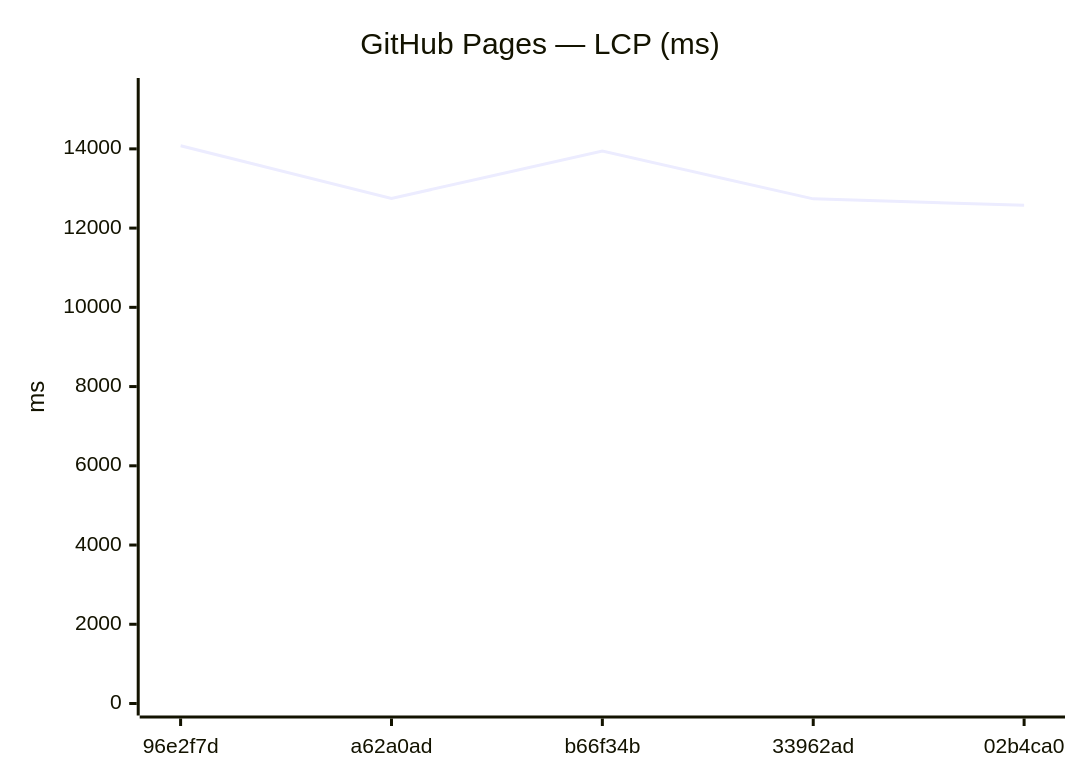
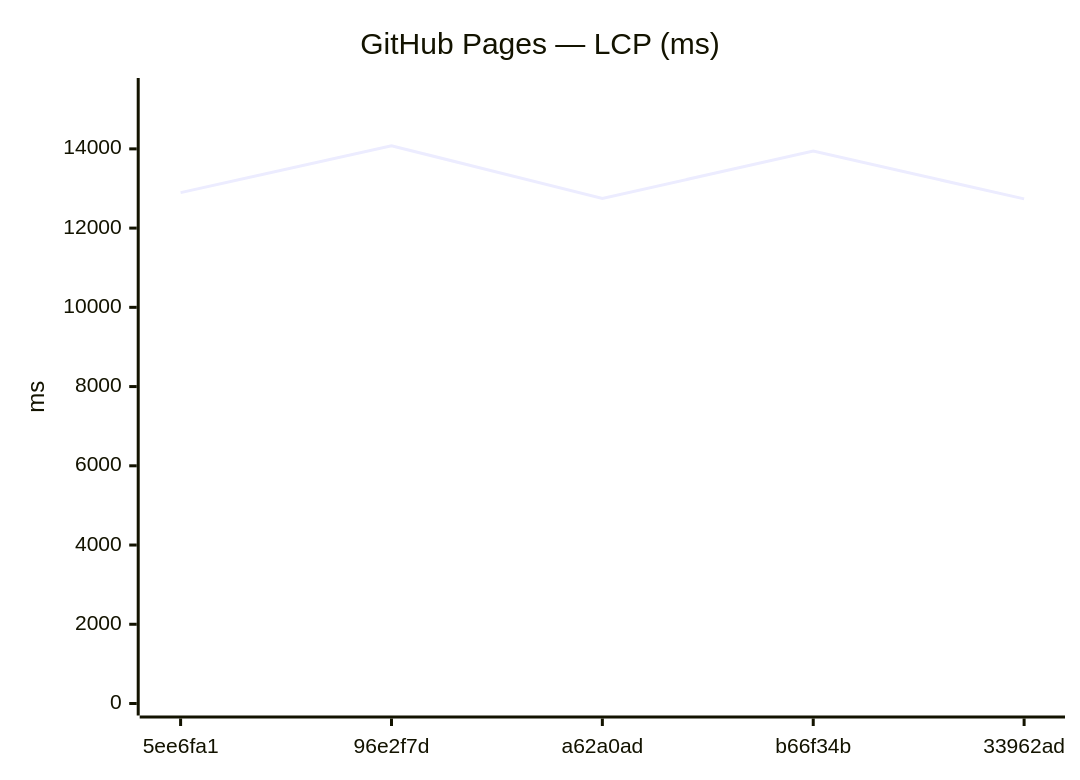
The ninth of 18 diagrams in benchmarks/compare.md (Metaheurist/Rianell), drawn with Mermaid before and after one commit. The commit also changed other lines of this file and 11 other files, not shown here.

````diff
--- a/benchmarks/compare.md
+++ b/benchmarks/compare.md
@@ -142,7 +142,7 @@
 ```mermaid
 xychart-beta
     title "GitHub Pages — LCP (ms)"
-    x-axis ["96e2f7d", "a62a0ad", "b66f34b", "33962ad", "02b4ca0"]
+    x-axis ["5ee6fa1", "96e2f7d", "a62a0ad", "b66f34b", "33962ad"]
     y-axis "ms" 0 --> 15486
-    line [14078, 12749, 13943, 12738, 12578]
+    line [12895, 14078, 12749, 13943, 12738]
 ```
````
